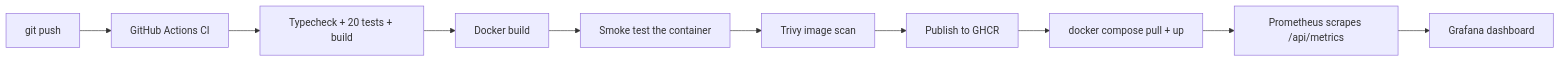
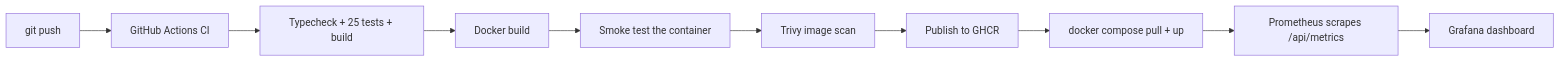
Before and after one commit to prapanjanprabhu/Devagent: the diagram in docs/DEVOPS.md, drawn with Mermaid. The commit also changed other lines of this file and 56 other files, not shown here.

````diff
--- a/docs/DEVOPS.md
+++ b/docs/DEVOPS.md
@@ -7,12 +7,12 @@
 ```mermaid
 flowchart LR
   A[git push] --> B[GitHub Actions CI]
-  B --> C[Typecheck + 20 tests + build]
+  B --> C[Typecheck + 25 tests + build]
   C --> D[Docker build]
   D --> E[Smoke test the container]
   E --> F[Trivy image scan]
   F --> G[Publish to GHCR]
   G --> H[docker compose pull + up]
   H --> I[Prometheus scrapes /api/metrics]
   I --> J[Grafana dashboard]
 ```
````
